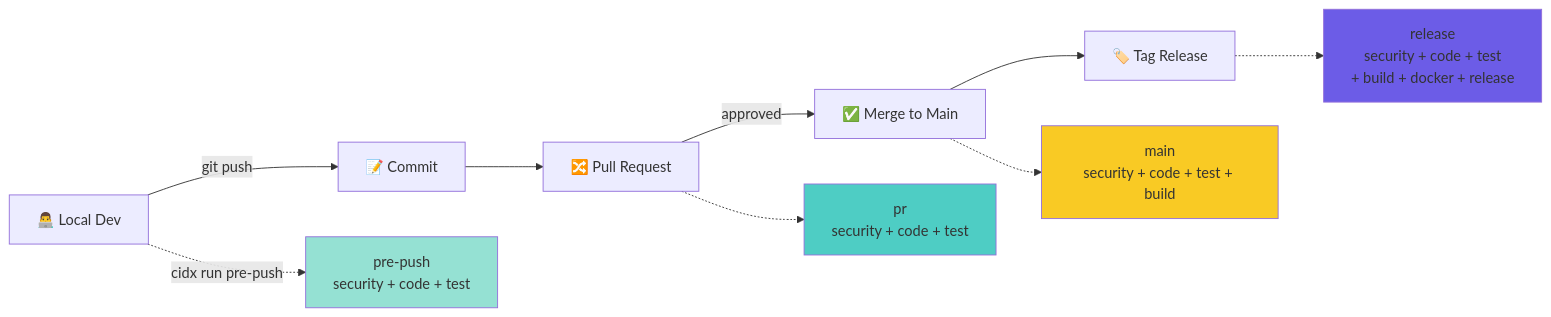
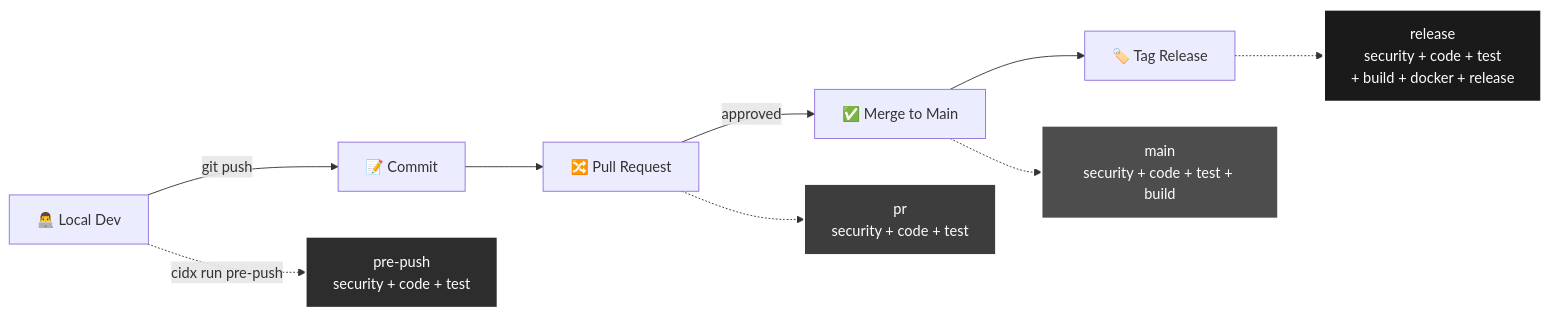
Before and after one commit to cidx-org/cidx: the second of 6 diagrams in docs/devops-integration.md, drawn with Mermaid. The commit also changed other lines of this file and 20 other files, not shown here.

````diff
--- a/docs/devops-integration.md
+++ b/docs/devops-integration.md
@@ -50,27 +117,27 @@
 ```mermaid
 flowchart LR
     LOCAL[👨‍💻 Local Dev]
     COMMIT[📝 Commit]
     PR[🔀 Pull Request]
     MERGE[✅ Merge to Main]
     TAG[🏷️ Tag Release]
 
-    LOCAL_PIPE[pre-push\nsecurity + code + test]
-    PR_PIPE[pr\nsecurity + code + test]
-    MAIN_PIPE[main\nsecurity + code + test + build]
-    RELEASE_PIPE[release\nsecurity + code + test\n+ build + docker + release]
+    LOCAL_PIPE["pre-push<br/>security + code + test"]
+    PR_PIPE["pr<br/>security + code + test"]
+    MAIN_PIPE["main<br/>security + code + test + build"]
+    RELEASE_PIPE["release<br/>security + code + test<br/>+ build + docker + release"]
 
     LOCAL -->|git push| COMMIT
     COMMIT --> PR
     PR -.-> PR_PIPE
     PR -->|approved| MERGE
     MERGE -.-> MAIN_PIPE
     MERGE --> TAG
     TAG -.-> RELEASE_PIPE
     LOCAL -.->|cidx run pre-push| LOCAL_PIPE
 
-    style LOCAL_PIPE fill:#95e1d3
-    style PR_PIPE fill:#4ecdc4
-    style MAIN_PIPE fill:#f9ca24
-    style RELEASE_PIPE fill:#6c5ce7
+    style LOCAL_PIPE fill:#2d2d2d,stroke:#fff,stroke-width:2px,color:#fff
+    style PR_PIPE fill:#3d3d3d,stroke:#fff,stroke-width:2px,color:#fff
+    style MAIN_PIPE fill:#4d4d4d,stroke:#fff,stroke-width:2px,color:#fff
+    style RELEASE_PIPE fill:#1a1a1a,stroke:#fff,stroke-width:3px,color:#fff
 ```
````
